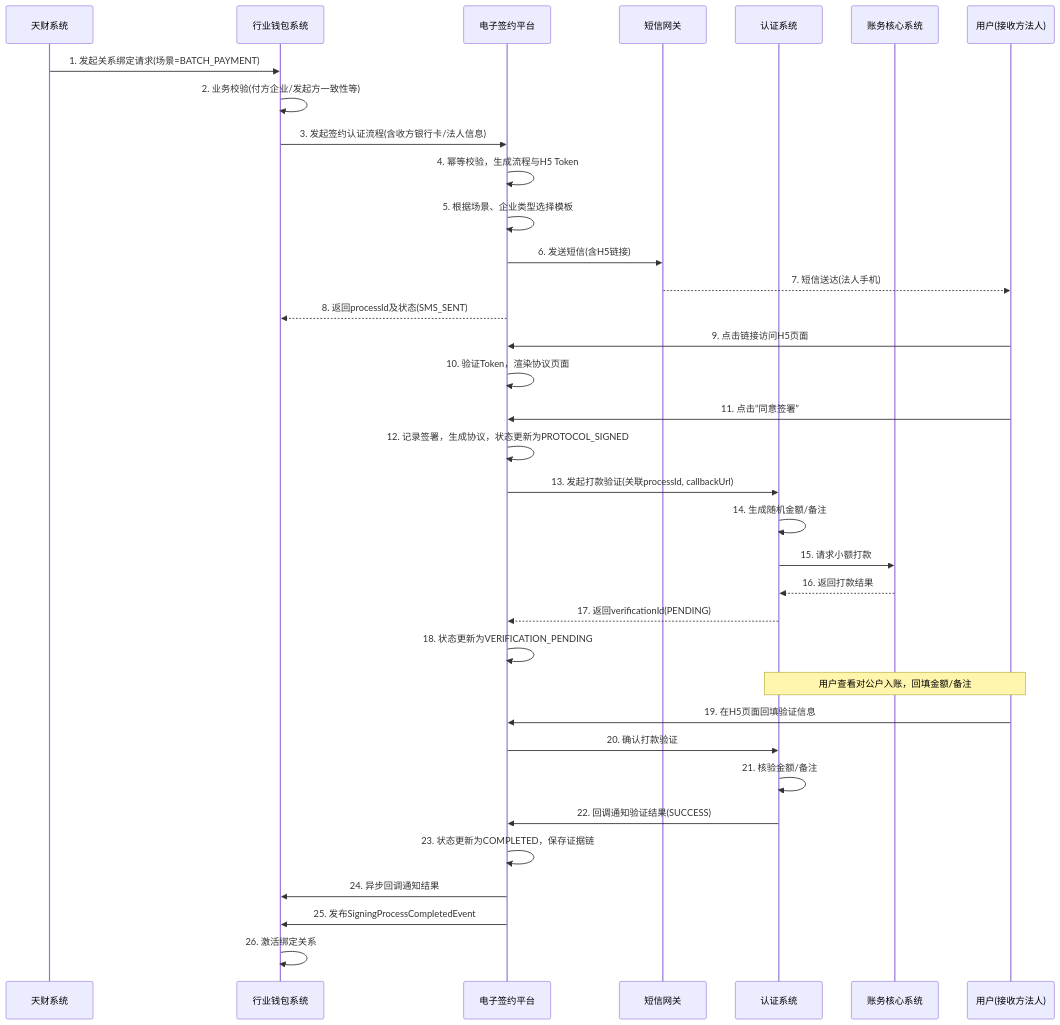
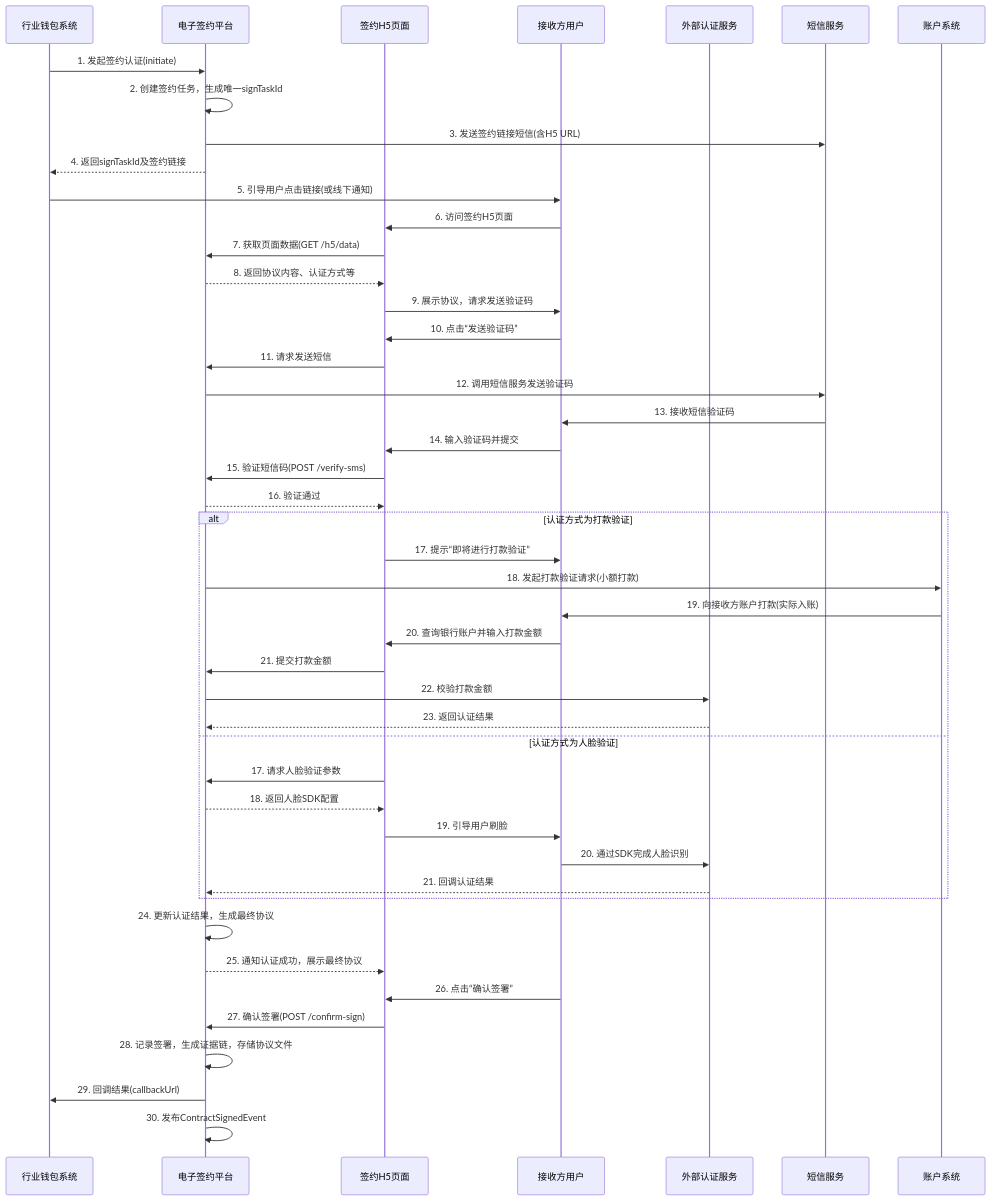
The diagram in data/天财分账需求/gpt-5.2/workspace/02_modules/module_电子签约平台.md (youzi211/AiCoding), drawn with Mermaid before and after one commit. The commit also changed other lines of this file and 29 other files, not shown here.

````diff
--- a/data/天财分账需求/gpt-5.2/workspace/02_modules/module_电子签约平台.md
+++ b/data/天财分账需求/gpt-5.2/workspace/02_modules/module_电子签约平台.md
@@ -348,40 +300,52 @@
 ```mermaid
 sequenceDiagram
-    participant T as 天财系统
-    participant W as 行业钱包系统
-    participant E as 电子签约平台
-    participant S as 短信网关
-    participant A as 认证系统
-    participant AC as 账务核心系统
-    participant U as 用户(接收方法人)
+    participant Wallet as 行业钱包系统
+    participant ES as 电子签约平台
+    participant H5 as 签约H5页面
+    participant Receiver as 接收方用户
+    participant AuthSvc as 外部认证服务
+    participant SMS as 短信服务
+    participant Acct as 账户系统
 
-    T->>W: 1. 发起关系绑定请求(场景=BATCH_PAYMENT)
-    W->>W: 2. 业务校验(付方企业/发起方一致性等)
-    W->>E: 3. 发起签约认证流程(含收方银行卡/法人信息)
-    E->>E: 4. 幂等校验，生成流程与H5 Token
-    E->>E: 5. 根据场景、企业类型选择模板
-    E->>S: 6. 发送短信(含H5链接)
-    S-->>U: 7. 短信送达(法人手机)
-    E-->>W: 8. 返回processId及状态(SMS_SENT)
+    Wallet->>ES: 1. 发起签约认证(initiate)
+    ES->>ES: 2. 创建签约任务，生成唯一signTaskId
+    ES->>SMS: 3. 发送签约链接短信(含H5 URL)
+    ES-->>Wallet: 4. 返回signTaskId及签约链接
+    Wallet->>Receiver: 5. 引导用户点击链接(或线下通知)
 
-    U->>E: 9. 点击链接访问H5页面
-    E->>E: 10. 验证Token，渲染协议页面
-    U->>E: 11. 点击“同意签署”
-    E->>E: 12. 记录签署，生成协议，状态更新为PROTOCOL_SIGNED
-    E->>A: 13. 发起打款验证(关联processId, callbackUrl)
-    A->>A: 14. 生成随机金额/备注
-    A->>AC: 15. 请求小额打款
-    AC-->>A: 16. 返回打款结果
-    A-->>E: 17. 返回verificationId(PENDING)
-    E->>E: 18. 状态更新为VERIFICATION_PENDING
+    Receiver->>H5: 6. 访问签约H5页面
+    H5->>ES: 7. 获取页面数据(GET /h5/data)
+    ES-->>H5: 8. 返回协议内容、认证方式等
+    H5->>Receiver: 9. 展示协议，请求发送验证码
+    Receiver->>H5: 10. 点击“发送验证码”
+    H5->>ES: 11. 请求发送短信
+    ES->>SMS: 12. 调用短信服务发送验证码
+    SMS->>Receiver: 13. 接收短信验证码
+    Receiver->>H5: 14. 输入验证码并提交
+    H5->>ES: 15. 验证短信码(POST /verify-sms)
+    ES-->>H5: 16. 验证通过
 
-    Note over U,A: 用户查看对公户入账，回填金额/备注
-    U->>E: 19. 在H5页面回填验证信息
-    E->>A: 20. 确认打款验证
-    A->>A: 21. 核验金额/备注
-    A->>E: 22. 回调通知验证结果(SUCCESS)
-    E->>E: 23. 状态更新为COMPLETED，保存证据链
-    E->>W: 24. 异步回调通知结果
-    E->>W: 25. 发布SigningProcessCompletedEvent
-    W->>W: 26. 激活绑定关系
+    alt 认证方式为打款验证
+        H5->>Receiver: 17. 提示“即将进行打款验证”
+        ES->>Acct: 18. 发起打款验证请求(小额打款)
+        Acct->>Receiver: 19. 向接收方账户打款(实际入账)
+        Receiver->>H5: 20. 查询银行账户并输入打款金额
+        H5->>ES: 21. 提交打款金额
+        ES->>AuthSvc: 22. 校验打款金额
+        AuthSvc-->>ES: 23. 返回认证结果
+    else 认证方式为人脸验证
+        H5->>ES: 17. 请求人脸验证参数
+        ES-->>H5: 18. 返回人脸SDK配置
+        H5->>Receiver: 19. 引导用户刷脸
+        Receiver->>AuthSvc: 20. 通过SDK完成人脸识别
+        AuthSvc-->>ES: 21. 回调认证结果
+    end
+
+    ES->>ES: 24. 更新认证结果，生成最终协议
+    ES-->>H5: 25. 通知认证成功，展示最终协议
+    Receiver->>H5: 26. 点击“确认签署”
+    H5->>ES: 27. 确认签署(POST /confirm-sign)
+    ES->>ES: 28. 记录签署，生成证据链，存储协议文件
+    ES->>Wallet: 29. 回调结果(callbackUrl)
+    ES->>ES: 30. 发布ContractSignedEvent
 ```
````
